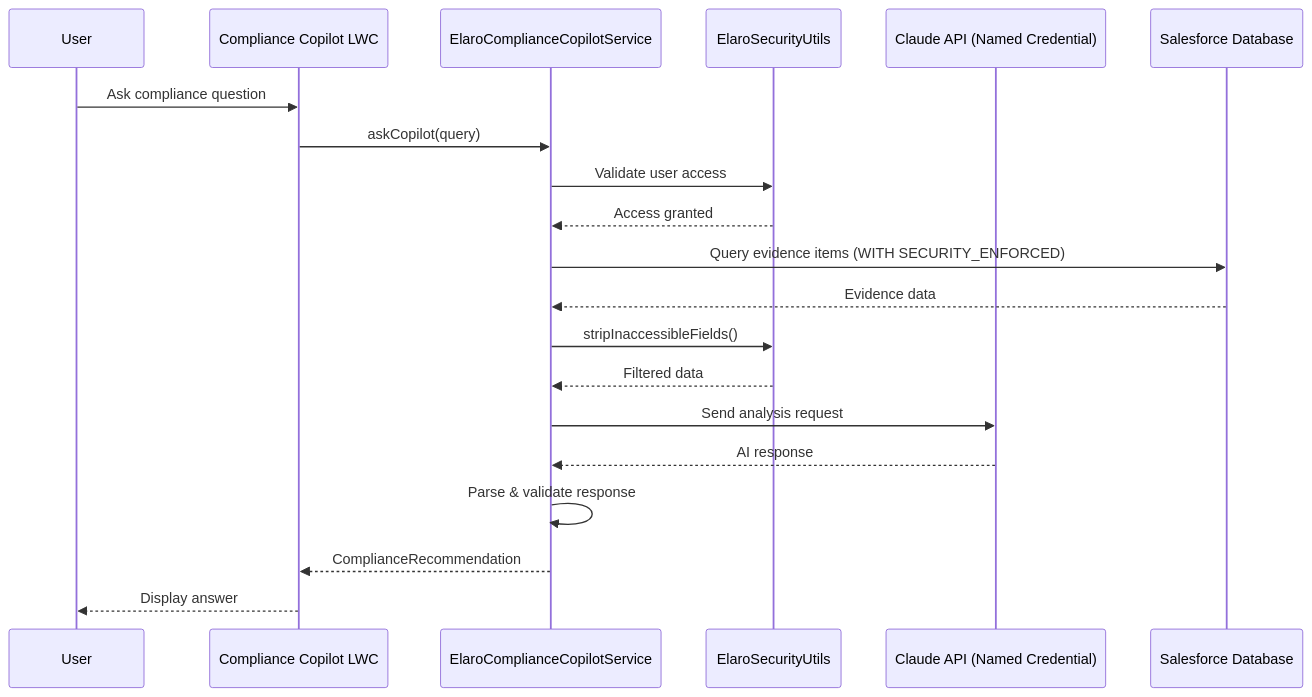
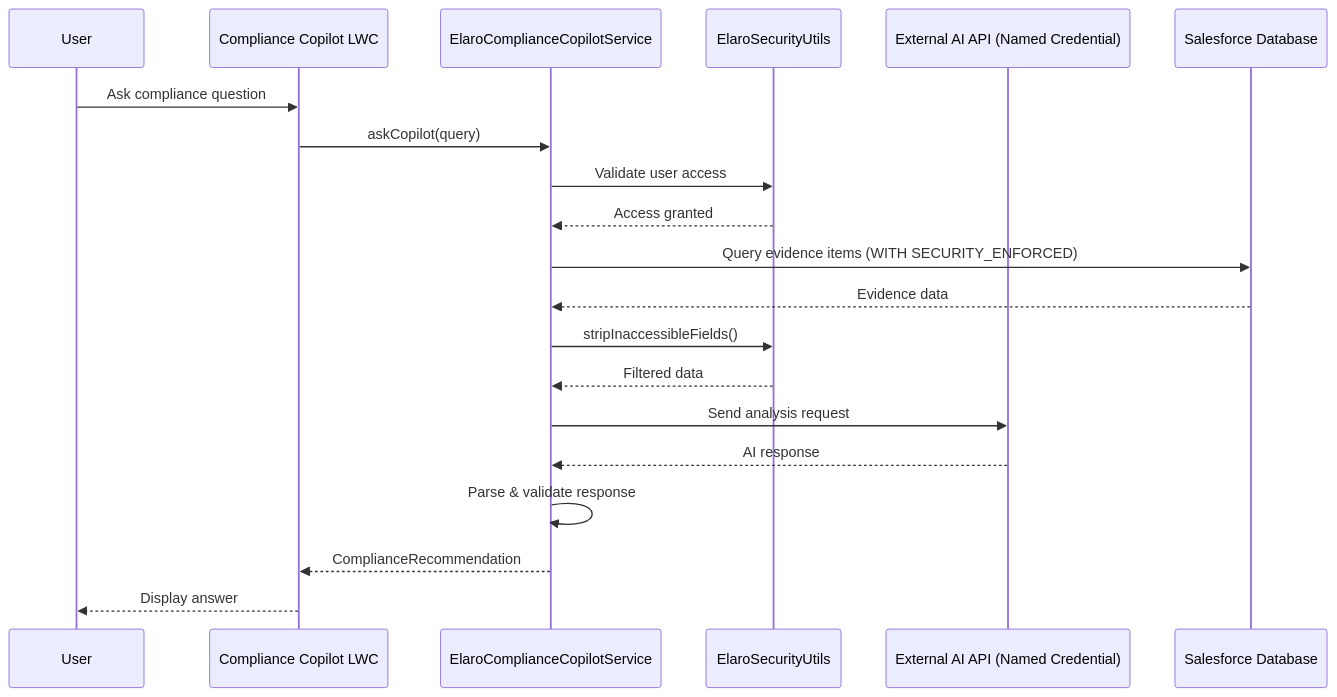
Before and after one commit to derickporter1993/Elaro: the second of 6 diagrams in docs/developer/DATA_FLOWS.md, drawn with Mermaid. The commit also changed other lines of this file and 335 other files, not shown here.

````diff
--- a/docs/developer/DATA_FLOWS.md
+++ b/docs/developer/DATA_FLOWS.md
@@ -54,23 +54,23 @@
 ```mermaid
 sequenceDiagram
     participant User
     participant LWC as Compliance Copilot LWC
     participant Controller as ElaroComplianceCopilotService
     participant Security as ElaroSecurityUtils
-    participant API as Claude API (Named Credential)
+    participant API as External AI API (Named Credential)
     participant DB as Salesforce Database
 
     User->>LWC: Ask compliance question
     LWC->>Controller: askCopilot(query)
     Controller->>Security: Validate user access
     Security-->>Controller: Access granted
     Controller->>DB: Query evidence items (WITH SECURITY_ENFORCED)
     DB-->>Controller: Evidence data
     Controller->>Security: stripInaccessibleFields()
     Security-->>Controller: Filtered data
     Controller->>API: Send analysis request
     API-->>Controller: AI response
     Controller->>Controller: Parse & validate response
     Controller-->>LWC: ComplianceRecommendation
     LWC-->>User: Display answer
 ```
````
